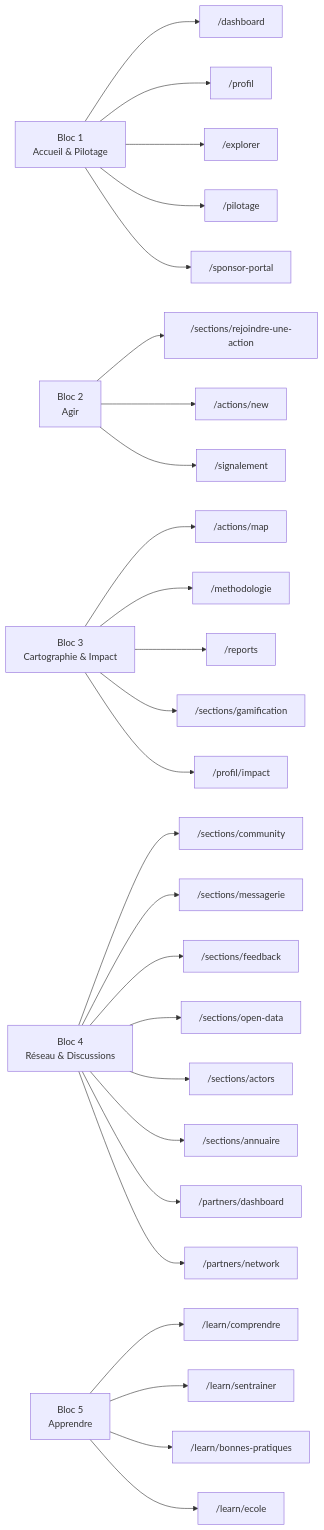
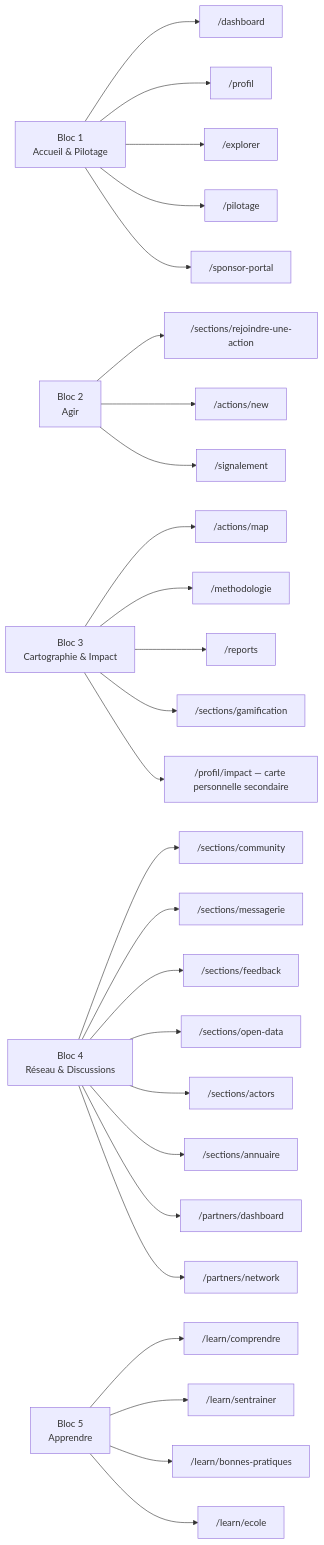
One commit to maxd4/CleanmyMap changed the diagram in documentation/product/matrice-rubriques.md. Above: the diagram before and after it, drawn with Mermaid. The commit also changed other lines of this file and 9 other files, not shown here.

Commit message:
Rendre la carte d impact accessible depuis le profil

````diff
--- a/documentation/product/matrice-rubriques.md
+++ b/documentation/product/matrice-rubriques.md
@@ -5,38 +5,38 @@
 ```mermaid
 flowchart LR
   B1["Bloc 1\nAccueil & Pilotage"]
   B2["Bloc 2\nAgir"]
   B3["Bloc 3\nCartographie & Impact"]
   B4["Bloc 4\nRéseau & Discussions"]
   B5["Bloc 5\nApprendre"]
 
   B1 --> DASH["/dashboard"]
   B1 --> PROFIL["/profil"]
   B1 --> EXPLORER["/explorer"]
   B1 --> PIL["/pilotage"]
   B1 --> SPONSOR["/sponsor-portal"]
 
   B2 --> FORM["/sections/rejoindre-une-action"]
   B2 --> NEW["/actions/new"]
   B2 --> SIGNAL["/signalement"]
 
   B3 --> MAP["/actions/map"]
   B3 --> METHODO["/methodologie"]
   B3 --> REP["/reports"]
   B3 --> BADGES["/sections/gamification"]
-  B3 --> IMPACT["/profil/impact"]
+  B3 --> IMPACT["/profil/impact — carte personnelle secondaire"]
 
   B4 --> COMM["/sections/community"]
   B4 --> MSG["/sections/messagerie"]
   B4 --> FEEDBACK["/sections/feedback"]
   B4 --> OPENDATA["/sections/open-data"]
   B4 --> ACTORS["/sections/actors"]
   B4 --> ANNUAIRE["/sections/annuaire"]
   B4 --> PARTNERS["/partners/dashboard"]
   B4 --> PARTNERS_ALIAS["/partners/network"]
 
   B5 --> COMPRENDRE["/learn/comprendre"]
   B5 --> QUIZ["/learn/sentrainer"]
   B5 --> PRATIQUES["/learn/bonnes-pratiques"]
   B5 --> ECOLE["/learn/ecole"]
 ```
````
